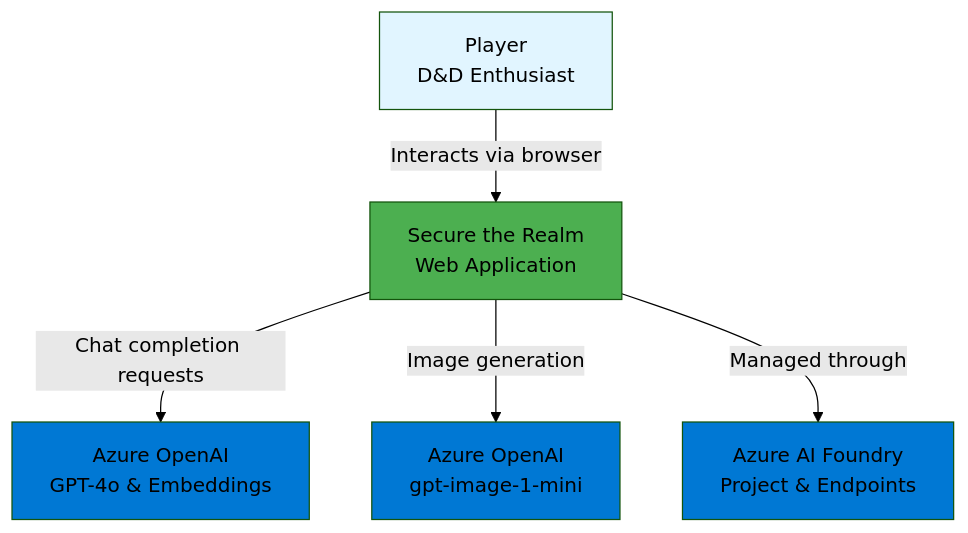
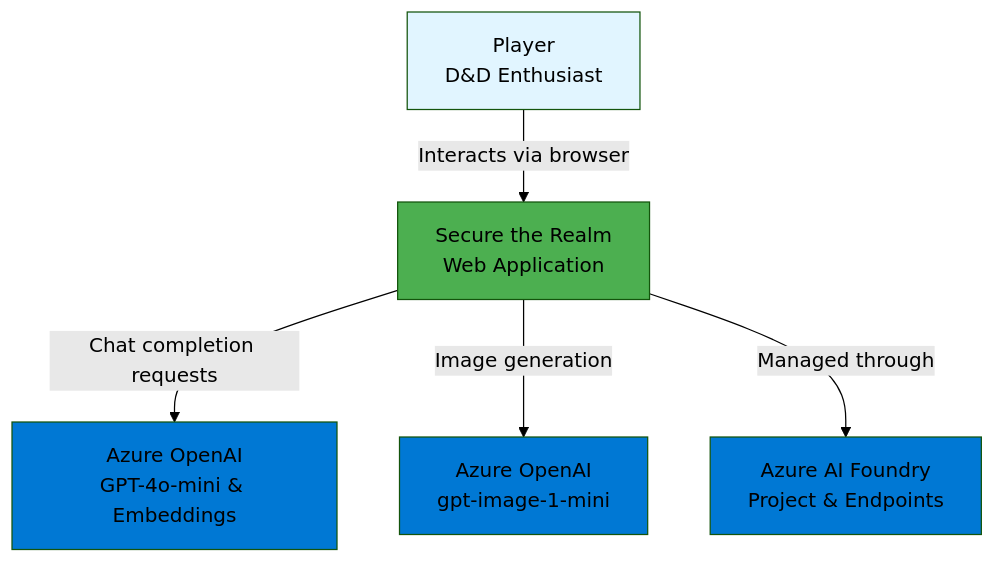
One commit to SecuringTheRealm/str-agentic-adventures changed the first of 16 diagrams in docs/architecture.md. Above: the diagram before and after it, drawn with Mermaid (forest theme). The commit also changed other lines of this file and 32 other files, not shown here.

First line of the commit message:
chore: update docs, regenerate schema, polish CharacterSheet and DiceRoller CSS

````diff
--- a/docs/architecture.md
+++ b/docs/architecture.md
@@ -59,19 +59,19 @@
 ```mermaid
 graph TB
     Player[Player<br/>D&D Enthusiast]
     WebApp[Secure the Realm<br/>Web Application]
-    AzureOpenAI[Azure OpenAI<br/>GPT-4o & Embeddings]
+    AzureOpenAI[Azure OpenAI<br/>GPT-4o-mini & Embeddings]
     DallE[Azure OpenAI<br/>gpt-image-1-mini]
     AzureAI[Azure AI Foundry<br/>Project & Endpoints]
 
     Player -->|Interacts via browser| WebApp
     WebApp -->|Chat completion requests| AzureOpenAI
     WebApp -->|Image generation| DallE
     WebApp -->|Managed through| AzureAI
 
     style Player fill:#e1f5ff
     style WebApp fill:#4CAF50
     style AzureOpenAI fill:#0078D4
     style DallE fill:#0078D4
     style AzureAI fill:#0078D4
 ```
````
